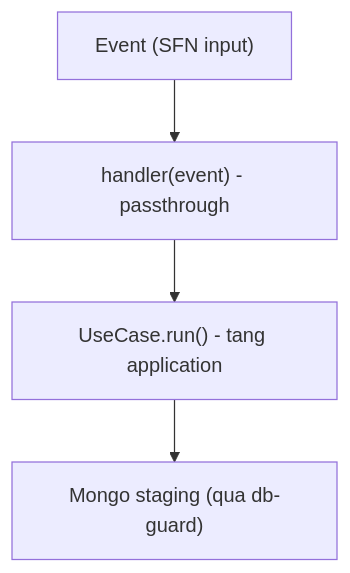
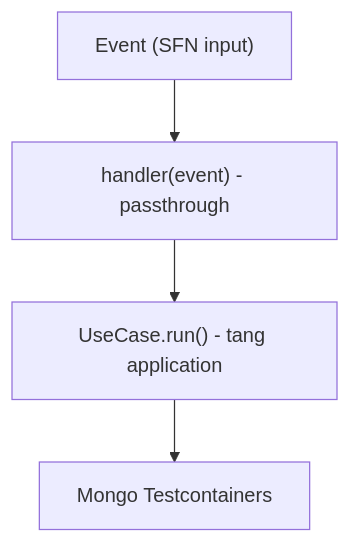
One commit to codeguru0x/megawin changed the diagram in .cursor/plans/monorepo-test-setup/p1-02-group-d-workers.plan.md. Above: the diagram before and after it, drawn with Mermaid. The commit also changed other lines of this file and 2077 other files, not shown here.

````diff
--- a/.cursor/plans/monorepo-test-setup/p1-02-group-d-workers.plan.md
+++ b/.cursor/plans/monorepo-test-setup/p1-02-group-d-workers.plan.md
@@ -28,6 +31,6 @@
 ```mermaid
 flowchart TD
   event["Event (SFN input)"] --> handler["handler(event) - passthrough"]
   handler --> uc["UseCase.run() - tang application"]
-  uc --> mongo["Mongo staging (qua db-guard)"]
+  uc --> mongo["Mongo Testcontainers"]
 ```
````
